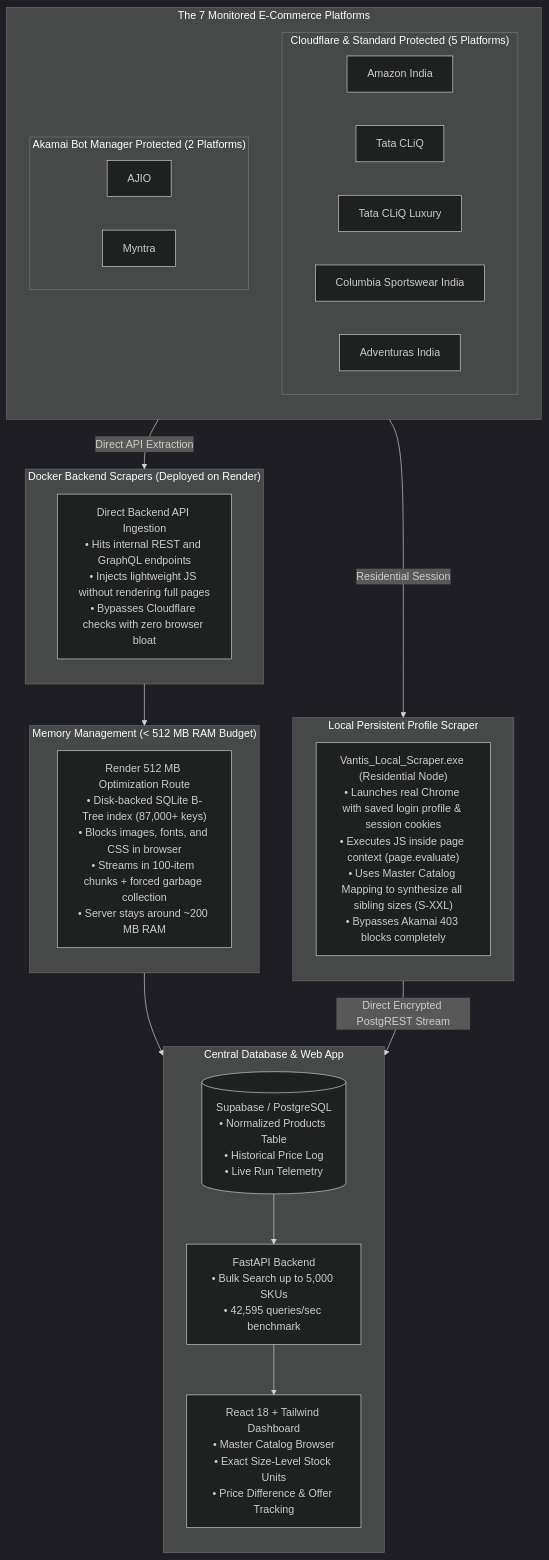
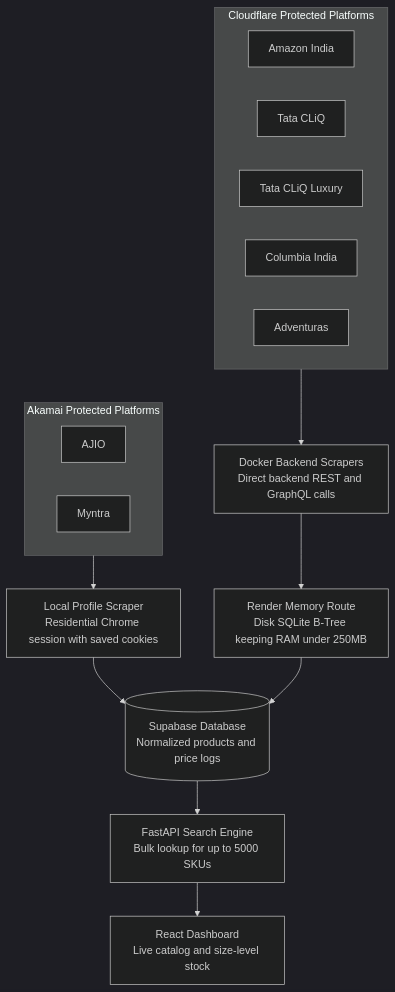
The diagram in README.md (Kartikey5853/Columbia_Vantis), drawn with Mermaid (dark theme) before and after one commit. The commit also changed other lines of this file, not shown here.

Commit message:
docs: fix mermaid clipping, rephrase in natural human tone, and detail vision model in previous build

````diff
--- a/README.md
+++ b/README.md
@@ -23,55 +23,32 @@
 ```mermaid
 flowchart TD
-    %% The 7 Platforms
-    subgraph PLATFORMS["The 7 Monitored E-Commerce Platforms"]
-        direction TB
-        subgraph CF_GROUP["Cloudflare & Standard Protected (5 Platforms)"]
-            P1["Amazon India"]
-            P2["Tata CLiQ"]
-            P3["Tata CLiQ Luxury"]
-            P4["Columbia Sportswear India"]
-            P5["Adventuras India"]
-        end
-
-        subgraph AKAMAI_GROUP["Akamai Bot Manager Protected (2 Platforms)"]
-            P6["AJIO"]
-            P7["Myntra"]
-        end
+    subgraph S1["Cloudflare Protected Platforms"]
+        P1["Amazon India"]
+        P2["Tata CLiQ"]
+        P3["Tata CLiQ Luxury"]
+        P4["Columbia India"]
+        P5["Adventuras"]
     end
 
-    %% Ingestion Routes
-    subgraph CLOUD_WORKERS["Docker Backend Scrapers (Deployed on Render)"]
-        direction TB
-        DIRECT_API["Direct Backend API Ingestion\n• Hits internal REST and GraphQL endpoints\n• Injects lightweight JS without rendering full pages\n• Bypasses Cloudflare checks with zero browser bloat"]
+    subgraph S2["Akamai Protected Platforms"]
+        P6["AJIO"]
+        P7["Myntra"]
     end
 
-    subgraph LOCAL_WORKER["Local Persistent Profile Scraper"]
-        direction TB
-        LOCAL_EXE["Vantis_Local_Scraper.exe (Residential Node)\n• Launches real Chrome with saved login profile & session cookies\n• Executes JS inside page context (page.evaluate)\n• Uses Master Catalog Mapping to synthesize all sibling sizes (S-XXL)\n• Bypasses Akamai 403 blocks completely"]
-    end
+    DOCKER["Docker Backend Scrapers<br/>Direct backend REST and GraphQL calls"]
+    LOCAL["Local Profile Scraper<br/>Residential Chrome session with saved cookies"]
 
-    %% Memory Management
-    subgraph MEMORY_MGMT["Memory Management (< 512 MB RAM Budget)"]
-        direction TB
-        RAM_SAVER["Render 512 MB Optimization Route\n• Disk-backed SQLite B-Tree index (87,000+ keys)\n• Blocks images, fonts, and CSS in browser\n• Streams in 100-item chunks + forced garbage collection\n• Server stays around ~200 MB RAM"]
-    end
+    MEM["Render Memory Route<br/>Disk SQLite B-Tree keeping RAM under 250MB"]
+    DB[("Supabase Database<br/>Normalized products and price logs")]
+    API["FastAPI Search Engine<br/>Bulk lookup for up to 5000 SKUs"]
+    UI["React Dashboard<br/>Live catalog and size-level stock"]
 
-    %% Storage & UI
-    subgraph CORE_SYSTEM["Central Database & Web App"]
-        direction TB
-        SUPABASE[("Supabase / PostgreSQL\n• Normalized Products Table\n• Historical Price Log\n• Live Run Telemetry")]
-        API["FastAPI Backend\n• Bulk Search up to 5,000 SKUs\n• 42,595 queries/sec benchmark"]
-        UI["React 18 + Tailwind Dashboard\n• Master Catalog Browser\n• Exact Size-Level Stock Units\n• Price Difference & Offer Tracking"]
-    end
+    S1 --> DOCKER
+    S2 --> LOCAL
 
-    %% Relationships
-    CF_GROUP -->|Direct API Extraction| DIRECT_API
-    AKAMAI_GROUP -->|Residential Session| LOCAL_EXE
-
-    DIRECT_API --> MEMORY_MGMT
-    LOCAL_EXE -->|Direct Encrypted PostgREST Stream| SUPABASE
-
-    MEMORY_MGMT --> SUPABASE
-    SUPABASE --> API
+    DOCKER --> MEM
+    LOCAL --> DB
+    MEM --> DB
+    DB --> API
     API --> UI
 ```
````
